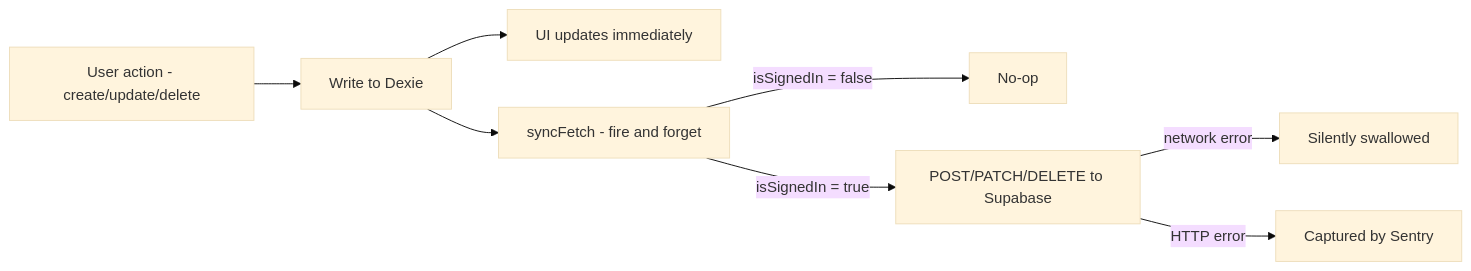
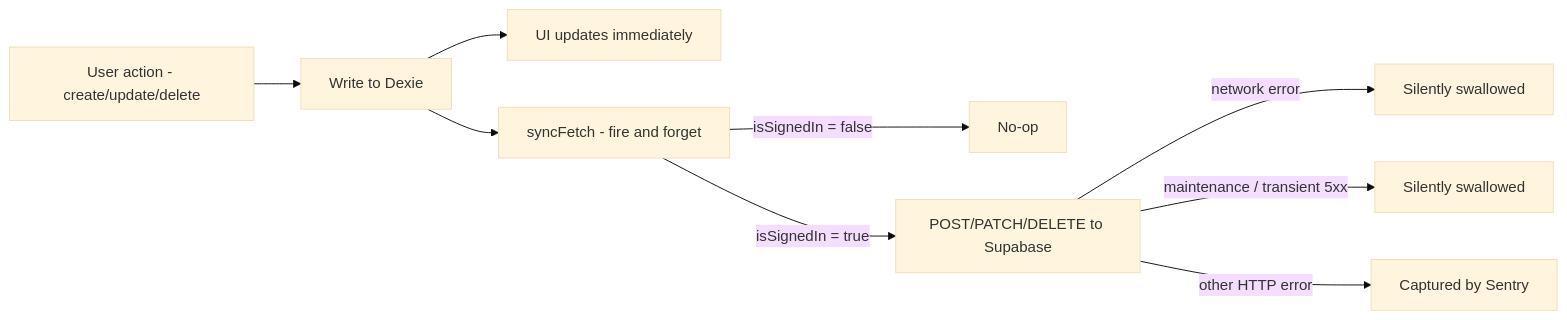
The diagram in docs/explanation/local-storage-and-sync.md (Sailarn/RecipAI), drawn with Mermaid (base theme) before and after one commit. The commit also changed other lines of this file, not shown here.

Commit message:
docs: fix remaining stale Sentry-capture claim in local-storage-and-sync
Same gap as the previous docs commit, missed there: the write-path
diagram and prose still said every HTTP error is captured by Sentry.
Reflect that maintenance 503s and transient 502/503/504 are swallowed.

````diff
--- a/docs/explanation/local-storage-and-sync.md
+++ b/docs/explanation/local-storage-and-sync.md
@@ -20,10 +20,11 @@
 ```mermaid
 graph LR
     A[User action - create/update/delete] --> B[Write to Dexie]
     B --> C[UI updates immediately]
     B --> D[syncFetch - fire and forget]
     D -->|isSignedIn = false| E[No-op]
     D -->|isSignedIn = true| F[POST/PATCH/DELETE to Supabase]
     F -->|network error| G[Silently swallowed]
-    F -->|HTTP error| H[Captured by Sentry]
+    F -->|maintenance / transient 5xx| I[Silently swallowed]
+    F -->|other HTTP error| H[Captured by Sentry]
 ```
````
